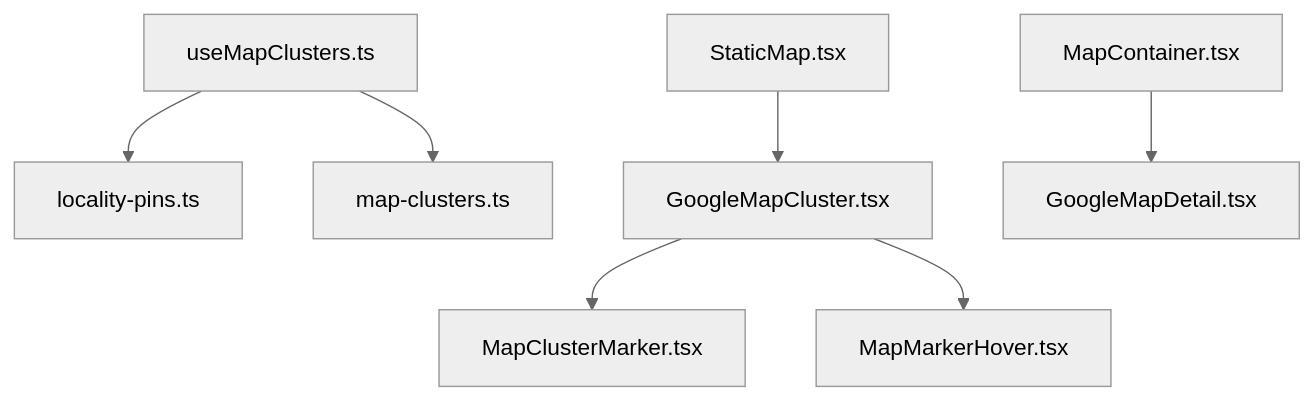
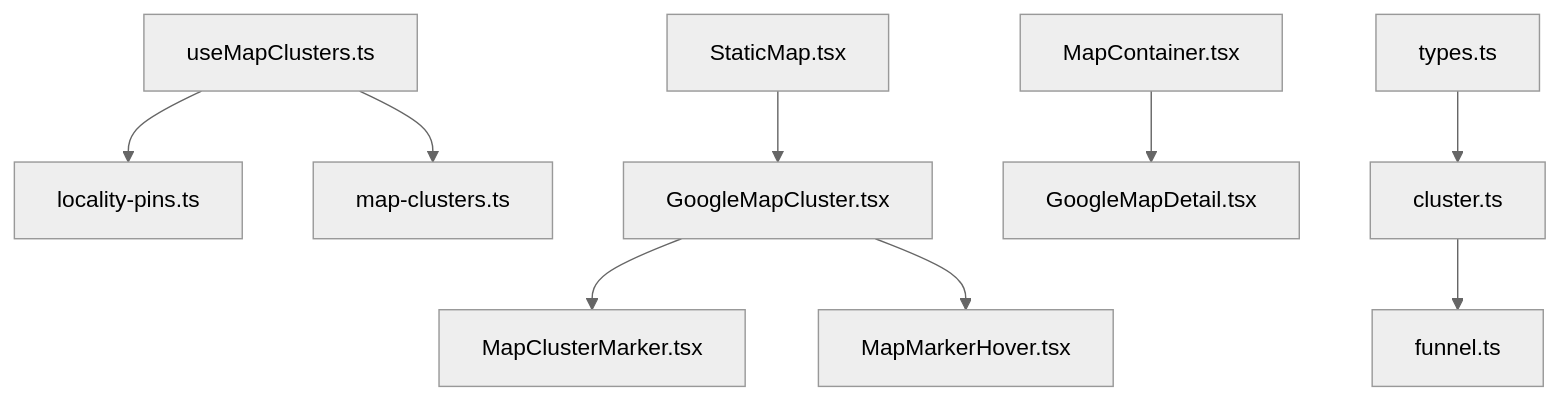
The first of 4 diagrams in .qoder/repowiki/en/content/Map Integration/Location Clustering System/Location Clustering System.md (Meaetin/alibaba-hackathon), drawn with Mermaid (neutral theme) before and after one commit. The commit also changed other lines of this file and 211 other files, not shown here.

````diff
--- a/.qoder/repowiki/en/content/Map Integration/Location Clustering System/Location Clustering System.md
+++ b/.qoder/repowiki/en/content/Map Integration/Location Clustering System/Location Clustering System.md
@@ -36,9 +52,11 @@
 ```mermaid
 graph TB
 A["useMapClusters.ts"] --> B["locality-pins.ts"]
 A --> C["map-clusters.ts"]
 D["StaticMap.tsx"] --> E["GoogleMapCluster.tsx"]
 E --> F["MapClusterMarker.tsx"]
 E --> G["MapMarkerHover.tsx"]
 H["MapContainer.tsx"] --> I["GoogleMapDetail.tsx"]
+J["cluster.ts"] --> K["funnel.ts"]
+L["types.ts"] --> J
 ```
````
